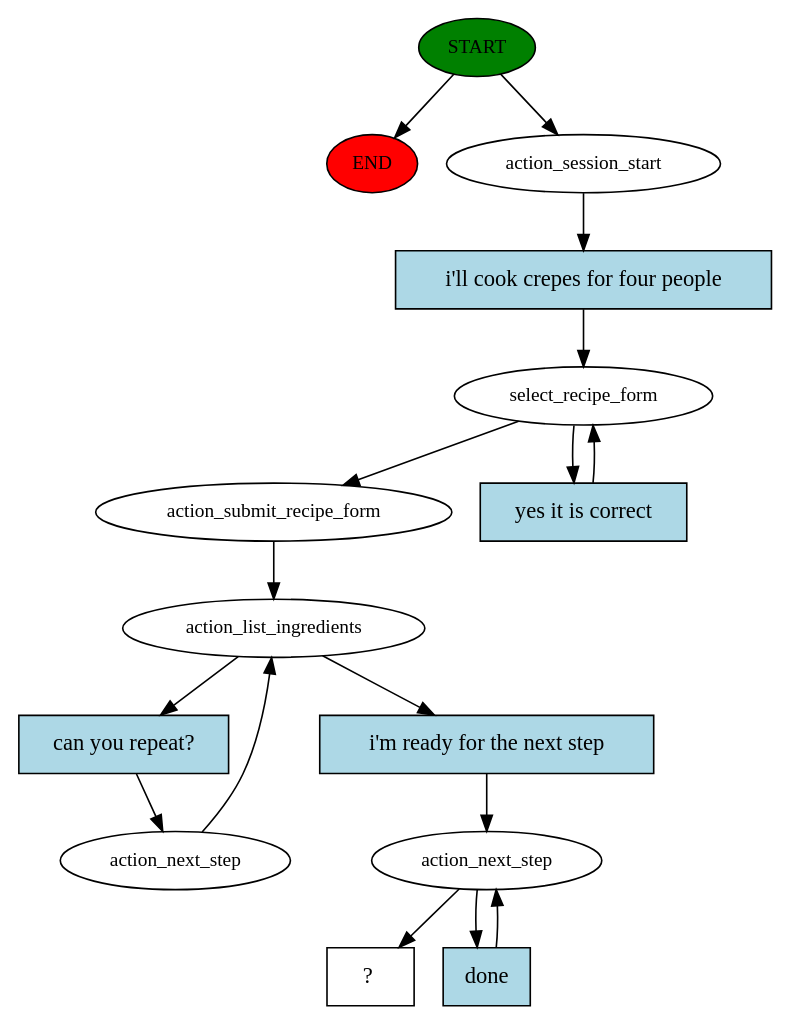
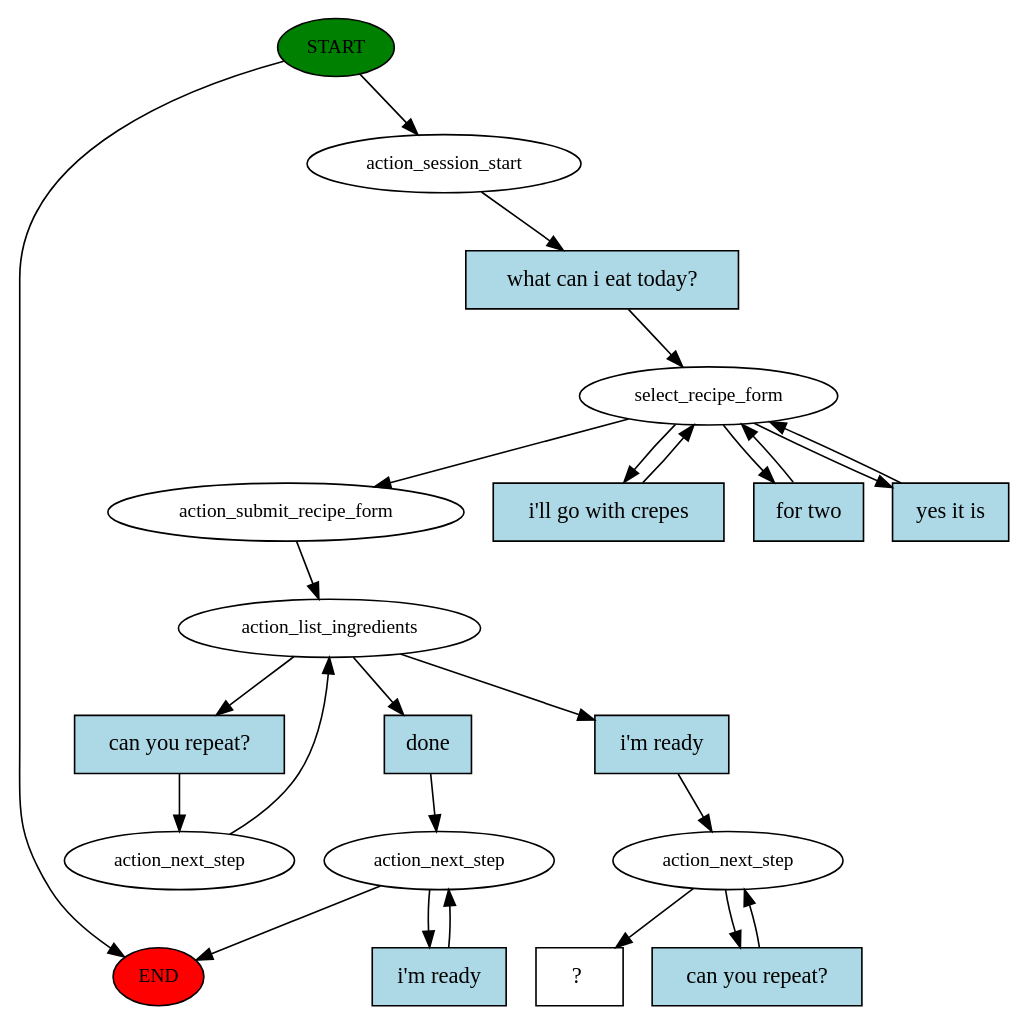
The diagram in story_graph.dot (anrigo/cooking-assistant-hmd), drawn with Graphviz before and after one commit. The commit also changed 5 other files, not shown here.

```diff
--- a/story_graph.dot
+++ b/story_graph.dot
@@ -1,32 +1,46 @@
 digraph  {
 0 [class="start active", fillcolor=green, fontsize=12, label=START, style=filled];
 "-1" [class=end, fillcolor=red, fontsize=12, label=END, style=filled];
 1 [class=active, fontsize=12, label=action_session_start];
 2 [class=active, fontsize=12, label=select_recipe_form];
-4 [class=active, fontsize=12, label=action_submit_recipe_form];
-5 [class=active, fontsize=12, label=action_list_ingredients];
-6 [class=active, fontsize=12, label=action_next_step];
-8 [class=active, fontsize=12, label=action_next_step];
-10 [class="intent dashed active", label="  ?  ", shape=rect];
-11 [class="intent active", fillcolor=lightblue, label="i'll cook crepes for four people", shape=rect, style=filled];
-12 [class="intent active", fillcolor=lightblue, label="yes it is correct", shape=rect, style=filled];
-13 [class="intent active", fillcolor=lightblue, label="can you repeat?", shape=rect, style=filled];
-14 [class="intent active", fillcolor=lightblue, label="i'm ready for the next step", shape=rect, style=filled];
-15 [class="intent active", fillcolor=lightblue, label=done, shape=rect, style=filled];
+6 [class=active, fontsize=12, label=action_submit_recipe_form];
+7 [class=active, fontsize=12, label=action_list_ingredients];
+8 [class="", fontsize=12, label=action_next_step];
+10 [class="", fontsize=12, label=action_next_step];
+19 [class=active, fontsize=12, label=action_next_step];
+21 [class="intent dashed active", label="  ?  ", shape=rect];
+22 [class="intent active", fillcolor=lightblue, label="what can i eat today?", shape=rect, style=filled];
+23 [class="intent active", fillcolor=lightblue, label="i'll go with crepes", shape=rect, style=filled];
+24 [class="intent active", fillcolor=lightblue, label="for two", shape=rect, style=filled];
+25 [class="intent active", fillcolor=lightblue, label="yes it is", shape=rect, style=filled];
+26 [class=intent, fillcolor=lightblue, label="can you repeat?", shape=rect, style=filled];
+27 [class=intent, fillcolor=lightblue, label=done, shape=rect, style=filled];
+28 [class="intent active", fillcolor=lightblue, label="i'm ready", shape=rect, style=filled];
+29 [class=intent, fillcolor=lightblue, label="i'm ready", shape=rect, style=filled];
+30 [class="intent active", fillcolor=lightblue, label="can you repeat?", shape=rect, style=filled];
 0 -> "-1"  [class="", key=NONE, label=""];
 0 -> 1  [class=active, key=NONE, label=""];
-1 -> 11  [class=active, key=0];
-2 -> 4  [class=active, key=NONE, label=""];
-2 -> 12  [class=active, key=0];
-4 -> 5  [class=active, key=NONE, label=""];
-5 -> 13  [class=active, key=0];
-5 -> 14  [class=active, key=0];
-6 -> 5  [class=active, key=NONE, label=""];
-8 -> 10  [class=active, key=NONE, label=""];
-8 -> 15  [class=active, key=0];
-11 -> 2  [class=active, key=0];
-12 -> 2  [class=active, key=0];
-13 -> 6  [class=active, key=0];
-14 -> 8  [class=active, key=0];
-15 -> 8  [class=active, key=0];
+1 -> 22  [class=active, key=0];
+2 -> 6  [class=active, key=NONE, label=""];
+2 -> 23  [class=active, key=0];
+2 -> 24  [class=active, key=0];
+2 -> 25  [class=active, key=0];
+6 -> 7  [class=active, key=NONE, label=""];
+7 -> 26  [class="", key=0];
+7 -> 27  [class="", key=0];
+7 -> 28  [class=active, key=0];
+8 -> 7  [class="", key=NONE, label=""];
+10 -> "-1"  [class="", key=NONE, label=""];
+10 -> 29  [class="", key=0];
+19 -> 21  [class=active, key=NONE, label=""];
+19 -> 30  [class=active, key=0];
+22 -> 2  [class=active, key=0];
+23 -> 2  [class=active, key=0];
+24 -> 2  [class=active, key=0];
+25 -> 2  [class=active, key=0];
+26 -> 8  [class="", key=0];
+27 -> 10  [class="", key=0];
+28 -> 19  [class=active, key=0];
+29 -> 10  [class="", key=0];
+30 -> 19  [class=active, key=0];
 }
```
